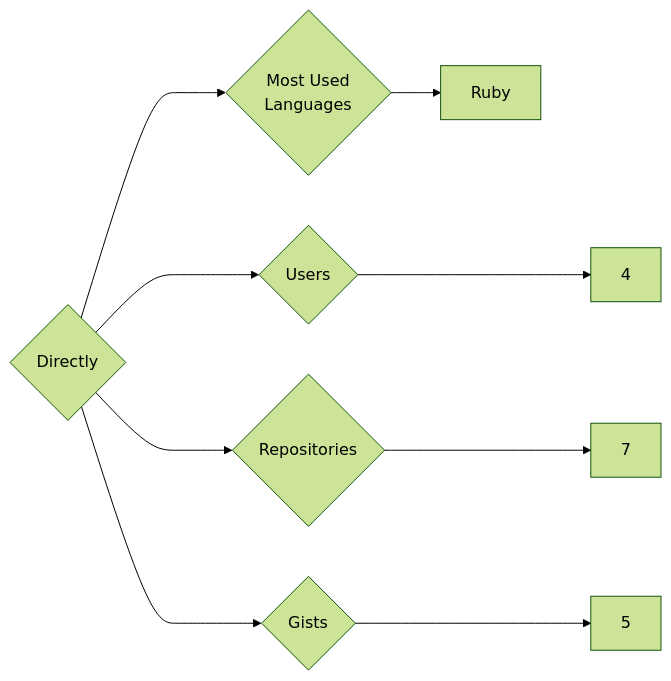
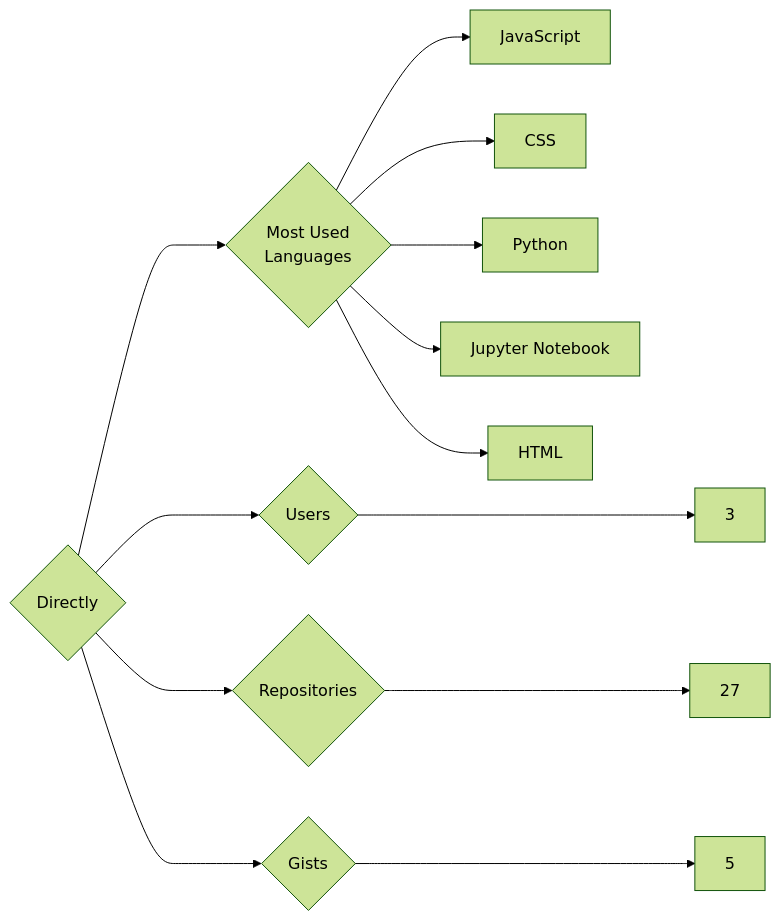
The diagram in targets/Directly/README.md (trickest/insiders), drawn with Mermaid (forest theme) before and after one commit. The commit also changed 724 other files, not shown here.

````diff
--- a/targets/Directly/README.md
+++ b/targets/Directly/README.md
@@ -3,9 +3,13 @@
 ```mermaid
 graph LR
 COMPANY_NAME{Directly}
-COMPANY_NAME ---> U{Users} ---> UN[4]
-COMPANY_NAME ---> R{Repositories} ---> RN[7]
+COMPANY_NAME ---> U{Users} ---> UN[3]
+COMPANY_NAME ---> R{Repositories} ---> RN[27]
 COMPANY_NAME ---> G{Gists} ---> GN[5]
 COMPANY_NAME ---> ML{Most Used<br>Languages}
-ML --> Ruby[Ruby]
+ML --> JavaScript[JavaScript]
+ML --> CSS[CSS]
+ML --> Python[Python]
+ML --> Jupyter_Notebook[Jupyter Notebook]
+ML --> HTML[HTML]
 ```
````
